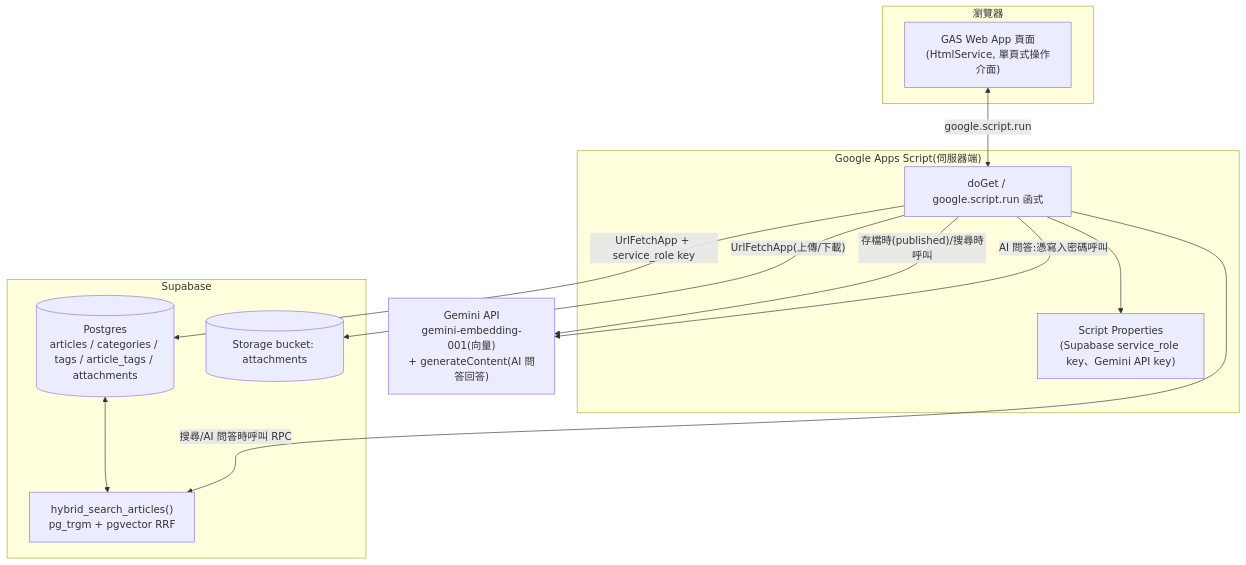
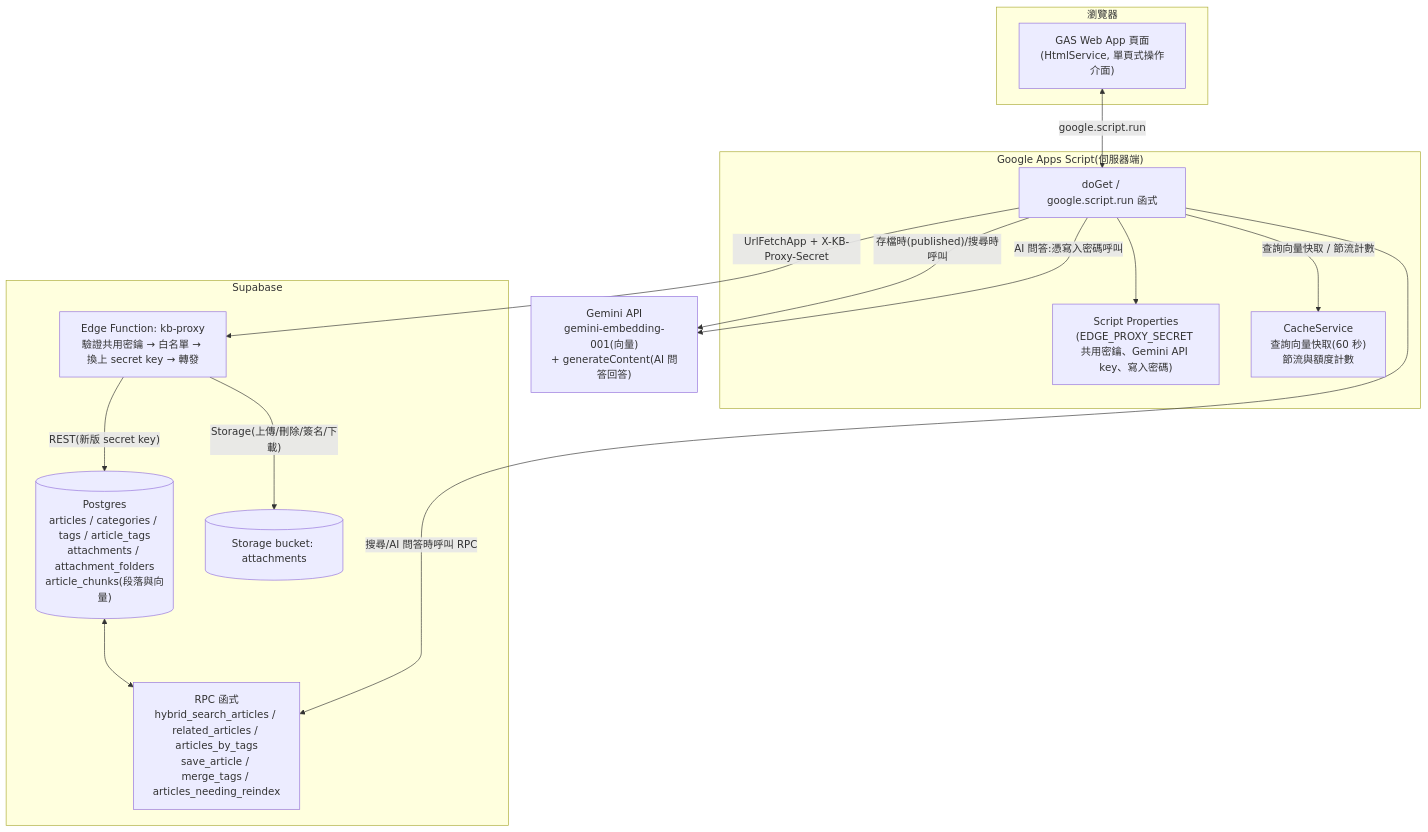
The diagram in README.md (slc6172/KnowledgeBase), drawn with Mermaid before and after one commit. The commit also changed other lines of this file and 109 other files, not shown here.

````diff
--- a/README.md
+++ b/README.md
@@ -32,28 +34,32 @@
 ```mermaid
 flowchart TB
     subgraph Browser["瀏覽器"]
         UI["GAS Web App 頁面<br/>(HtmlService, 單頁式操作介面)"]
     end
 
     subgraph GAS["Google Apps Script(伺服器端)"]
         Router["doGet / google.script.run 函式"]
-        Secrets["Script Properties<br/>(Supabase service_role key、Gemini API key)"]
+        Secrets["Script Properties<br/>(EDGE_PROXY_SECRET 共用密鑰、Gemini API key、寫入密碼)"]
+        Cache["CacheService<br/>查詢向量快取(60 秒)<br/>節流與額度計數"]
     end
 
     subgraph Supabase["Supabase"]
-        PG[("Postgres<br/>articles / categories / tags / article_tags / attachments")]
+        Proxy["Edge Function: kb-proxy<br/>驗證共用密鑰 → 白名單 → 換上 secret key → 轉發"]
+        PG[("Postgres<br/>articles / categories / tags / article_tags<br/>attachments / attachment_folders<br/>article_chunks(段落與向量)")]
         Storage[("Storage bucket: attachments")]
-        RPC["hybrid_search_articles()<br/>pg_trgm + pgvector RRF"]
+        RPC["RPC 函式<br/>hybrid_search_articles / related_articles / articles_by_tags<br/>save_article / merge_tags / articles_needing_reindex"]
     end
 
     Gemini["Gemini API<br/>gemini-embedding-001(向量)<br/>+ generateContent(AI 問答回答)"]
 
     UI <-- "google.script.run" --> Router
-    Router -- "UrlFetchApp + service_role key" --> PG
-    Router -- "UrlFetchApp(上傳/下載)" --> Storage
+    Router -- "UrlFetchApp + X-KB-Proxy-Secret" --> Proxy
+    Proxy -- "REST(新版 secret key)" --> PG
+    Proxy -- "Storage(上傳/刪除/簽名/下載)" --> Storage
     Router -- "存檔時(published)/搜尋時呼叫" --> Gemini
     Router -- "AI 問答:憑寫入密碼呼叫" --> Gemini
     Router --> Secrets
+    Router -- "查詢向量快取 / 節流計數" --> Cache
     PG <---> RPC
     Router -- "搜尋/AI 問答時呼叫 RPC" --> RPC
 ```
````
